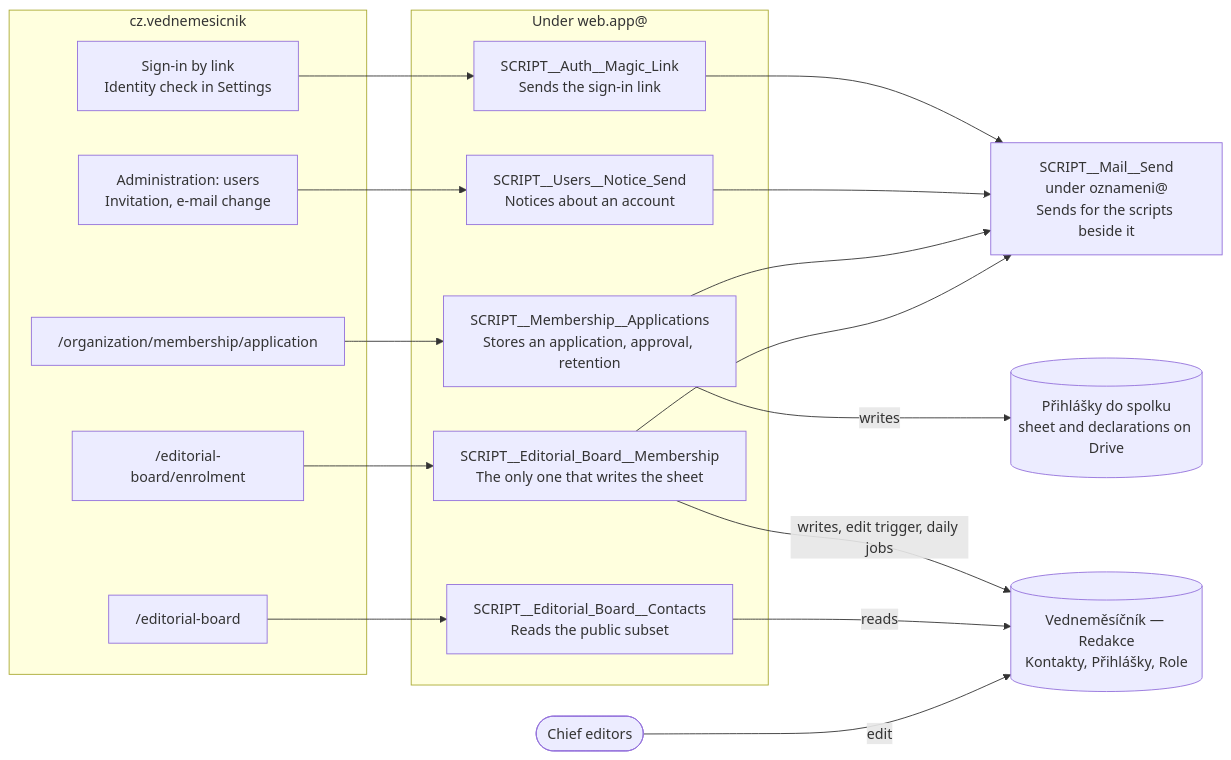
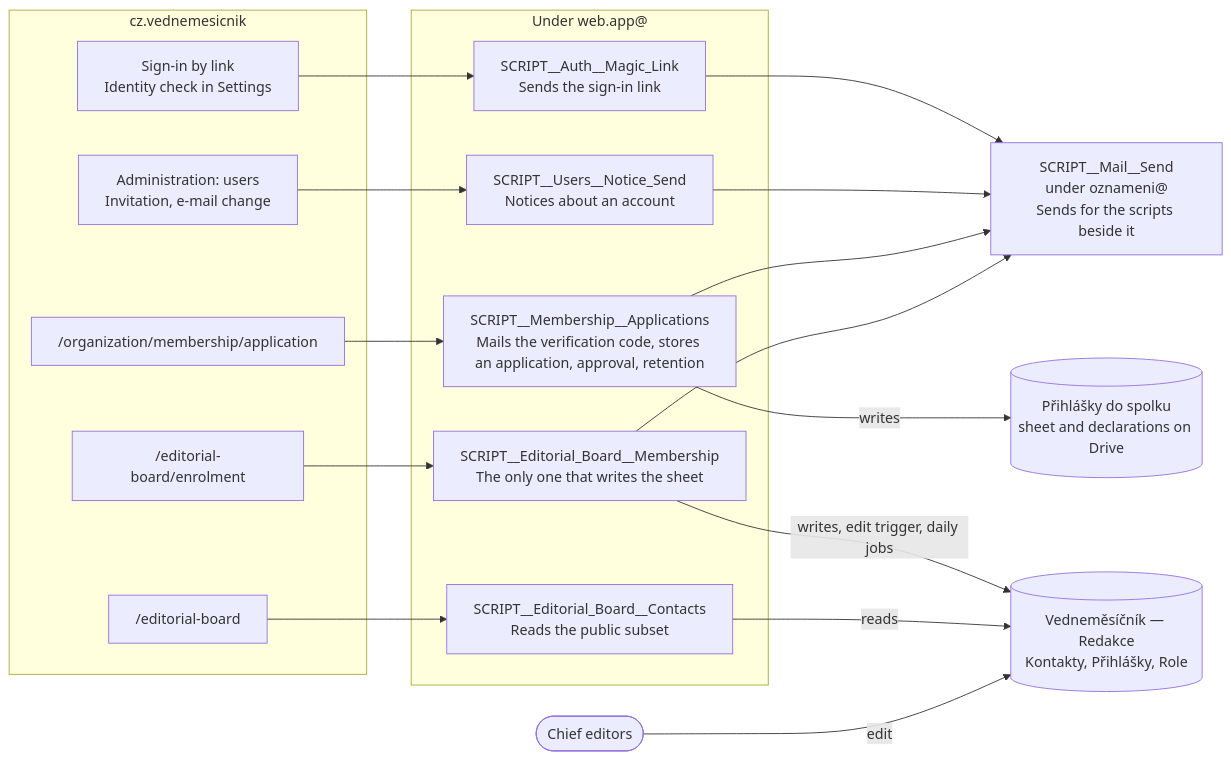
The first of 2 diagrams in docs/_apps-script-web-apps.md (vednemesicnik/cz.vednemesicnik), drawn with Mermaid before and after one commit. The commit also changed other lines of this file and 46 other files, not shown here.

First line of the commit message:
feat(membership): confirm the applicant's address with a code before the signature step (#973)

````diff
--- a/docs/_apps-script-web-apps.md
+++ b/docs/_apps-script-web-apps.md
@@ -8,38 +8,38 @@
 ```mermaid
 flowchart LR
   subgraph web["cz.vednemesicnik"]
     signIn["Sign-in by link<br/>Identity check in Settings"]
     users["Administration: users<br/>Invitation, e-mail change"]
     application["/organization/membership/application"]
     enrolment["/editorial-board/enrolment"]
     board["/editorial-board"]
   end
 
   subgraph scripts["Under web.app@"]
     magicLink["SCRIPT__Auth__Magic_Link<br/>Sends the sign-in link"]
     usersNotice["SCRIPT__Users__Notice_Send<br/>Notices about an account"]
-    membershipApplications["SCRIPT__Membership__Applications<br/>Stores an application, approval, retention"]
+    membershipApplications["SCRIPT__Membership__Applications<br/>Mails the verification code, stores an application, approval, retention"]
     boardMembership["SCRIPT__Editorial_Board__Membership<br/>The only one that writes the sheet"]
     contacts["SCRIPT__Editorial_Board__Contacts<br/>Reads the public subset"]
   end
 
   mailer["SCRIPT__Mail__Send<br/>under oznameni@<br/>Sends for the scripts beside it"]
   membershipStore[("Přihlášky do spolku<br/>sheet and declarations on Drive")]
   editorialSheet[("Vedneměsíčník — Redakce<br/>Kontakty, Přihlášky, Role")]
   chiefEditors(["Chief editors"])
 
   signIn --> magicLink
   users --> usersNotice
   application --> membershipApplications
   enrolment --> boardMembership
   board --> contacts
 
   magicLink --> mailer
   usersNotice --> mailer
   membershipApplications --> mailer
   membershipApplications -->|writes| membershipStore
   boardMembership --> mailer
   boardMembership -->|"writes, edit trigger, daily jobs"| editorialSheet
   contacts -->|reads| editorialSheet
   chiefEditors -->|edit| editorialSheet
 ```
````
